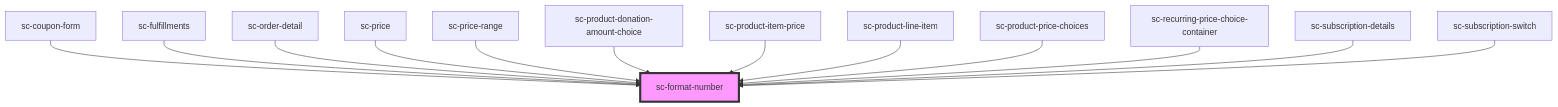
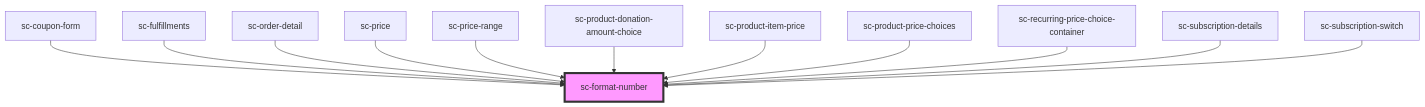
The diagram in packages/components/src/components/util/format-number/readme.md (surecart/surecart-wp-plugin), drawn with Mermaid before and after one commit. The commit also changed other lines of this file and 12 other files, not shown here.

````diff
--- a/packages/components/src/components/util/format-number/readme.md
+++ b/packages/components/src/components/util/format-number/readme.md
@@ -45,16 +44,15 @@
 ```mermaid
 graph TD;
   sc-coupon-form --> sc-format-number
   sc-fulfillments --> sc-format-number
   sc-order-detail --> sc-format-number
   sc-price --> sc-format-number
   sc-price-range --> sc-format-number
   sc-product-donation-amount-choice --> sc-format-number
   sc-product-item-price --> sc-format-number
-  sc-product-line-item --> sc-format-number
   sc-product-price-choices --> sc-format-number
   sc-recurring-price-choice-container --> sc-format-number
   sc-subscription-details --> sc-format-number
   sc-subscription-switch --> sc-format-number
   style sc-format-number fill:#f9f,stroke:#333,stroke-width:4px
 ```
````
